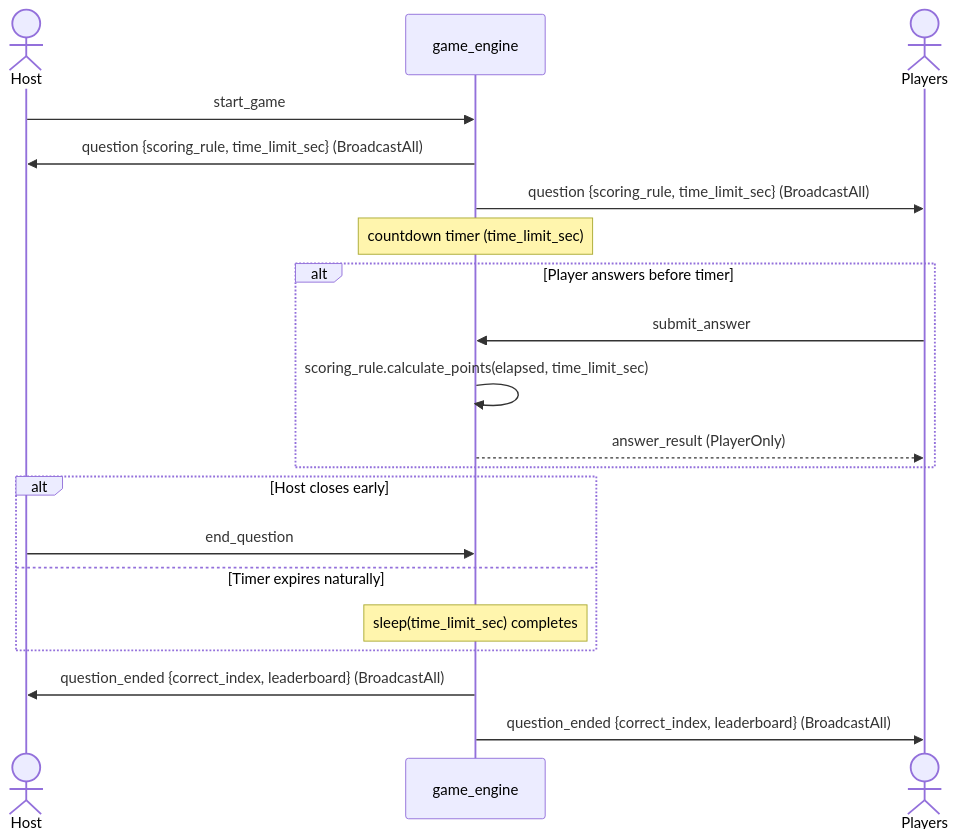
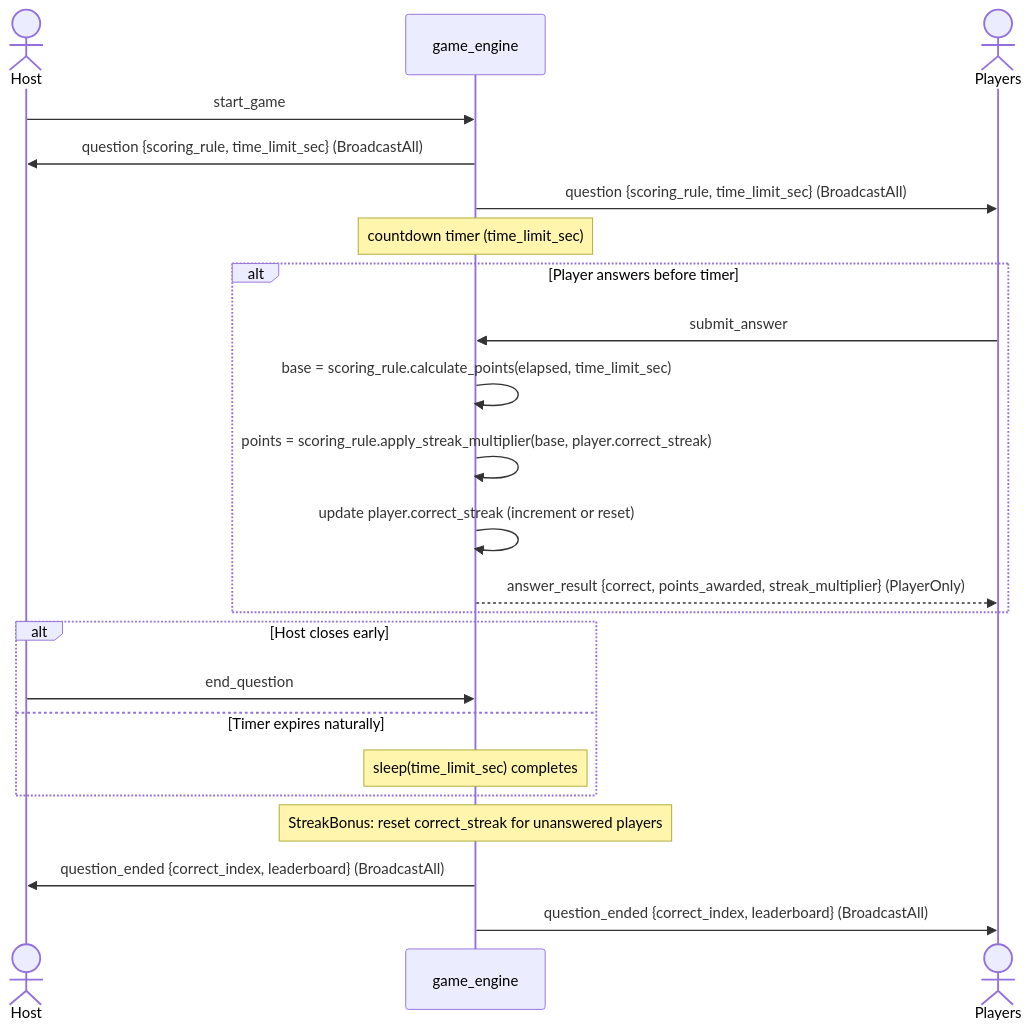
Before and after one commit to campeis/quiz-game: the diagram in docs/diagrams/flow-question.mmd, drawn with Mermaid. The commit also changed 11 other files, not shown here.

First line of the commit message:
docs: update architecture and diagrams for 011-streak-bonus

```diff
--- a/docs/diagrams/flow-question.mmd
+++ b/docs/diagrams/flow-question.mmd
@@ -1,25 +1,29 @@
 sequenceDiagram
     actor H as Host
     participant GE as game_engine
     actor PL as Players
 
     H->>GE: start_game
     GE->>H: question {scoring_rule, time_limit_sec} (BroadcastAll)
     GE->>PL: question {scoring_rule, time_limit_sec} (BroadcastAll)
 
     Note over GE: countdown timer (time_limit_sec)
 
     alt Player answers before timer
         PL->>GE: submit_answer
-        GE->>GE: scoring_rule.calculate_points(elapsed, time_limit_sec)
-        GE-->>PL: answer_result (PlayerOnly)
+        GE->>GE: base = scoring_rule.calculate_points(elapsed, time_limit_sec)
+        GE->>GE: points = scoring_rule.apply_streak_multiplier(base, player.correct_streak)
+        GE->>GE: update player.correct_streak (increment or reset)
+        GE-->>PL: answer_result {correct, points_awarded, streak_multiplier} (PlayerOnly)
     end
 
     alt Host closes early
         H->>GE: end_question
     else Timer expires naturally
         Note over GE: sleep(time_limit_sec) completes
     end
 
+    Note over GE: StreakBonus: reset correct_streak for unanswered players
+
     GE->>H: question_ended {correct_index, leaderboard} (BroadcastAll)
     GE->>PL: question_ended {correct_index, leaderboard} (BroadcastAll)
```
